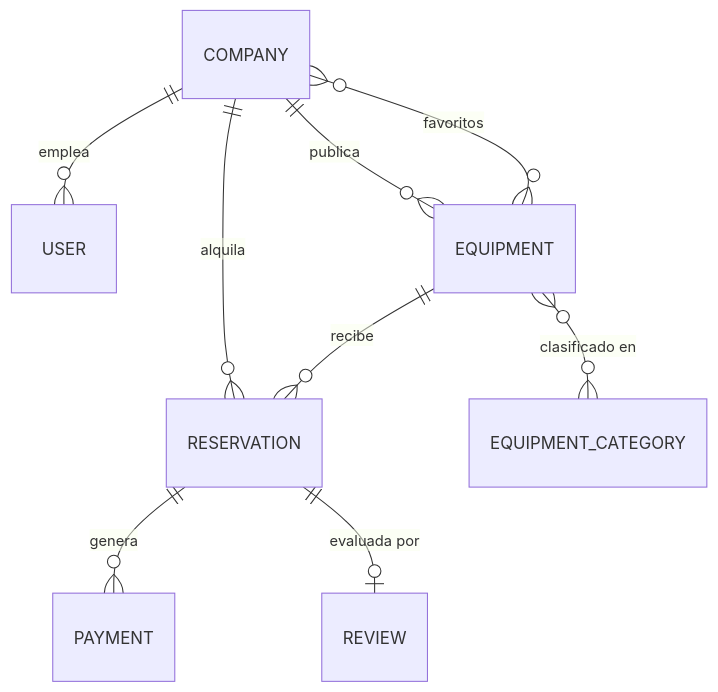
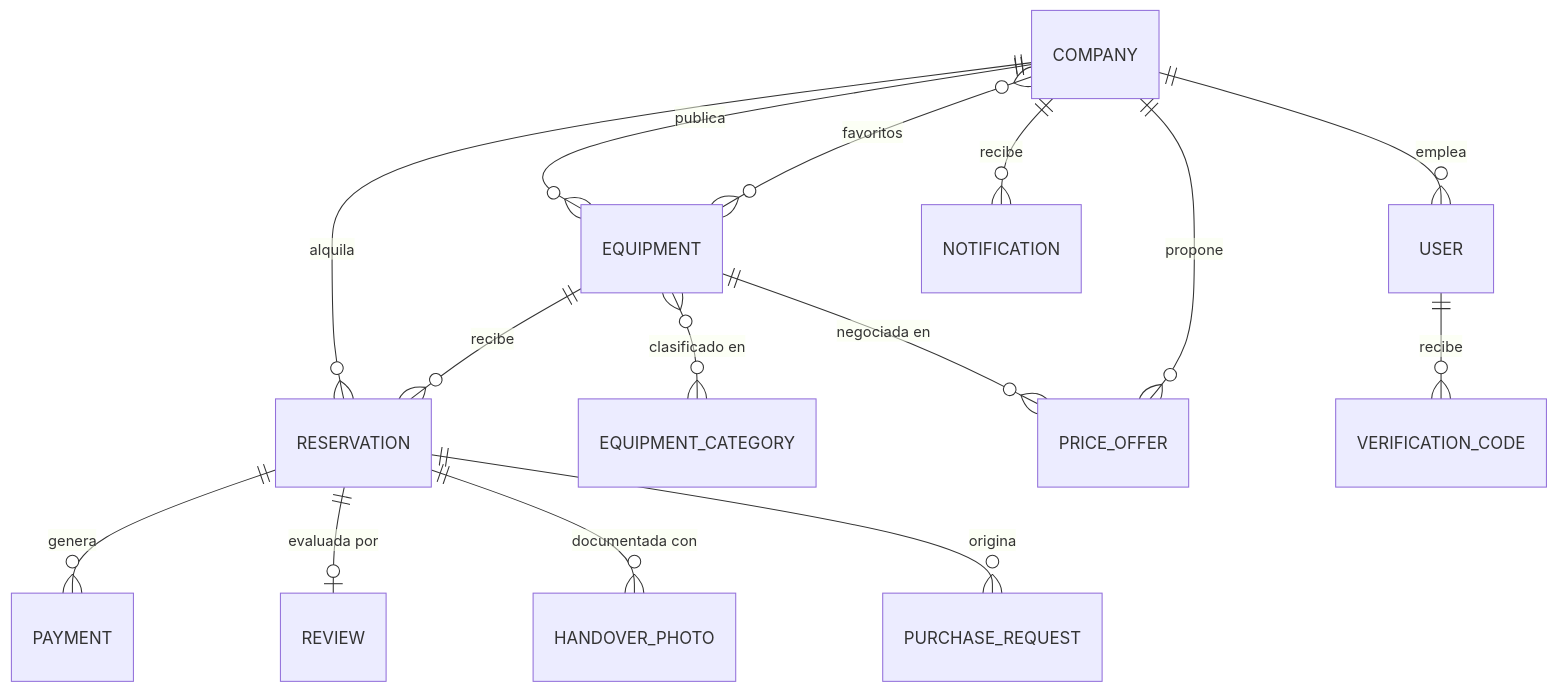
The second of 2 diagrams in README.md (sergio453LOL/BackendRentequipV2), drawn with Mermaid before and after one commit. The commit also changed other lines of this file, not shown here.

First line of the commit message:
docs: README con todo lo de la fase 2

````diff
--- a/README.md
+++ b/README.md
@@ -122,11 +156,17 @@
 ```mermaid
 erDiagram
     COMPANY ||--o{ USER : "emplea"
     COMPANY ||--o{ EQUIPMENT : "publica"
     COMPANY ||--o{ RESERVATION : "alquila"
     COMPANY }o--o{ EQUIPMENT : "favoritos"
+    COMPANY ||--o{ NOTIFICATION : "recibe"
     EQUIPMENT }o--o{ EQUIPMENT_CATEGORY : "clasificado en"
     EQUIPMENT ||--o{ RESERVATION : "recibe"
+    EQUIPMENT ||--o{ PRICE_OFFER : "negociada en"
+    COMPANY ||--o{ PRICE_OFFER : "propone"
     RESERVATION ||--o{ PAYMENT : "genera"
     RESERVATION ||--o| REVIEW : "evaluada por"
+    RESERVATION ||--o{ HANDOVER_PHOTO : "documentada con"
+    RESERVATION ||--o{ PURCHASE_REQUEST : "origina"
+    USER ||--o{ VERIFICATION_CODE : "recibe"
 ```
````
